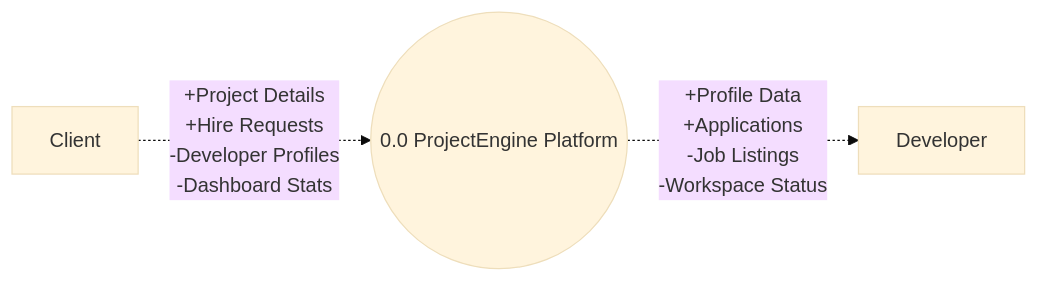
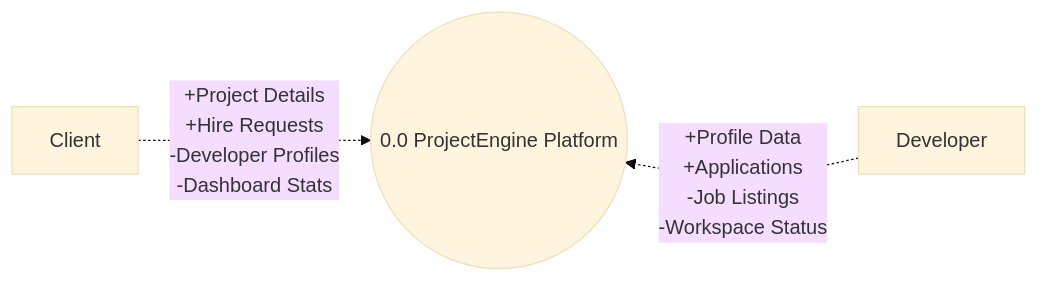
Before and after one commit to qhmed67/ReadmeTest: the second of 5 diagrams in README.md, drawn with Mermaid (base theme).

````diff
--- a/README.md
+++ b/README.md
@@ -99,9 +99,10 @@
 ```mermaid
 flowchart LR
     Client[Client]
     Sys((0.0 ProjectEngine Platform))
     Dev[Developer]
 
     Client -. "+Project Details\n+Hire Requests\n-Developer Profiles\n-Dashboard Stats" .-> Sys
-    Sys -. "+Profile Data\n+Applications\n-Job Listings\n-Workspace Status" .-> Dev
+    Sys ~~~ Dev
+    Dev -. "+Profile Data\n+Applications\n-Job Listings\n-Workspace Status" .-> Sys
 ```
````
